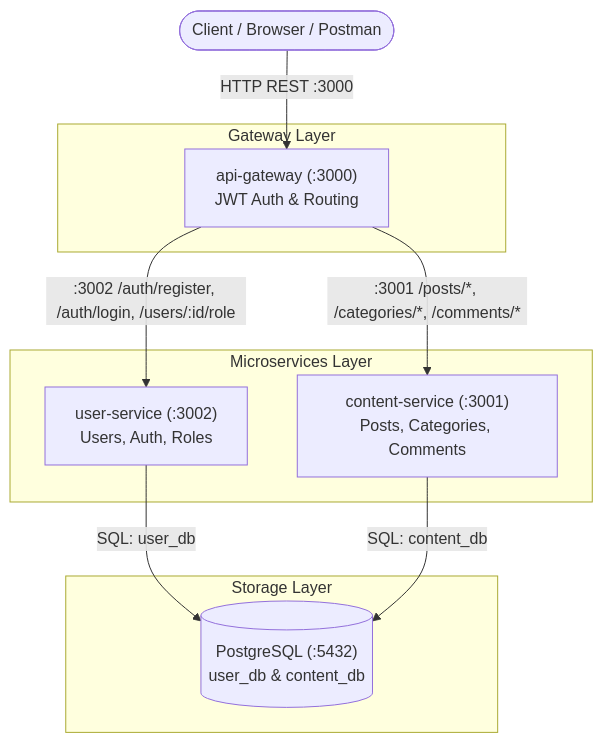
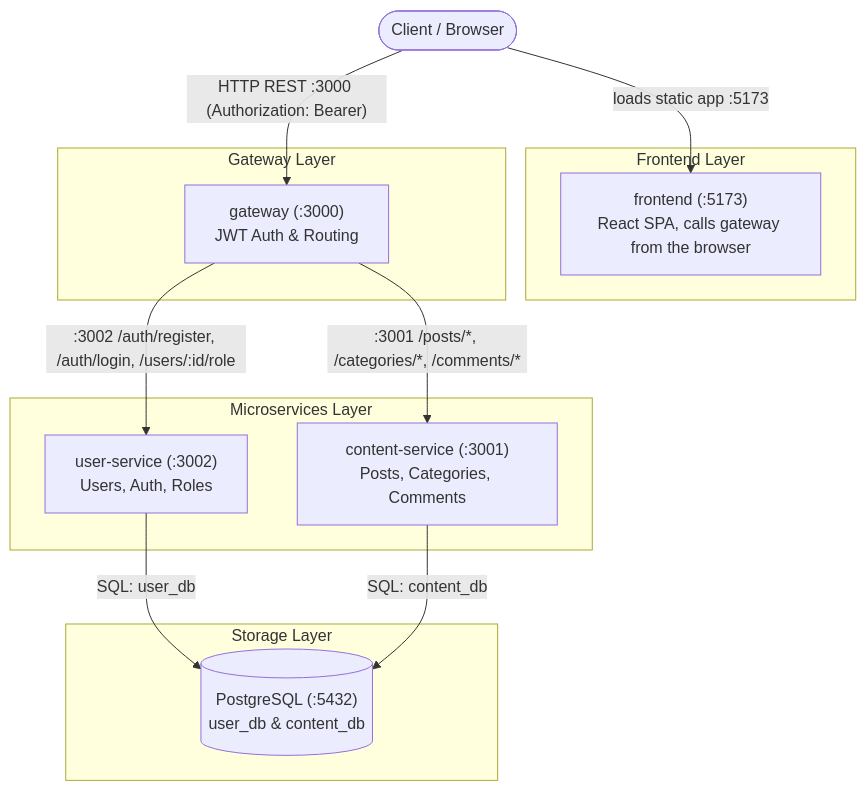
The diagram in architecture.md (proops2026-simpleblog/docs), drawn with Mermaid before and after one commit. The commit also changed other lines of this file and 8 other files, not shown here.

````diff
--- a/architecture.md
+++ b/architecture.md
@@ -3,23 +3,28 @@
 ```mermaid
 graph TD
-  Client([Client / Browser / Postman])
+  Client([Client / Browser])
+
+  subgraph Frontend Layer
+    FE["frontend (:5173)<br/>React SPA, calls gateway from the browser"]
+  end
 
   subgraph Gateway Layer
-    GW["api-gateway (:3000)<br/>JWT Auth & Routing"]
+    GW["gateway (:3000)<br/>JWT Auth & Routing"]
   end
 
   subgraph Microservices Layer
     US["user-service (:3002)<br/>Users, Auth, Roles"]
     CS["content-service (:3001)<br/>Posts, Categories, Comments"]
   end
 
   subgraph Storage Layer
     PG[("PostgreSQL (:5432)<br/>user_db & content_db")]
   end
 
-  Client -->|"HTTP REST :3000"| GW
+  Client -->|"loads static app :5173"| FE
+  Client -->|"HTTP REST :3000 (Authorization: Bearer)"| GW
   GW -->|":3002 /auth/register, /auth/login, /users/:id/role"| US
   GW -->|":3001 /posts/*, /categories/*, /comments/*"| CS
   US -->|"SQL: user_db"| PG
   CS -->|"SQL: content_db"| PG
 ```
````
